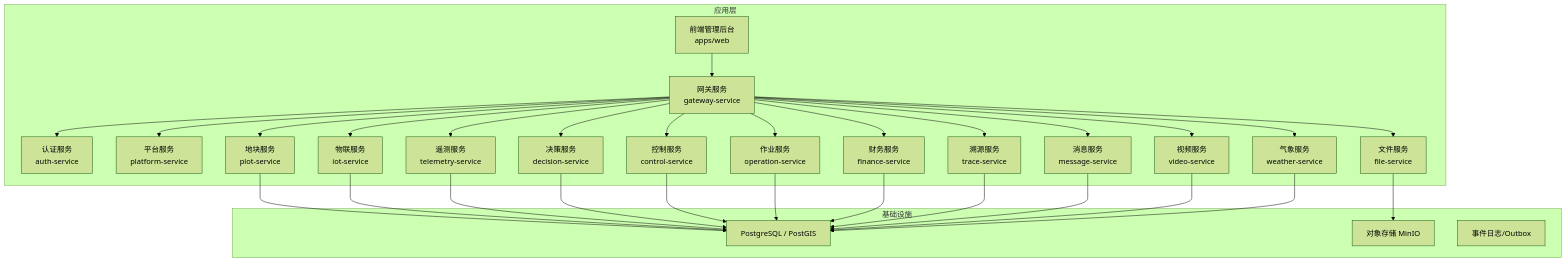
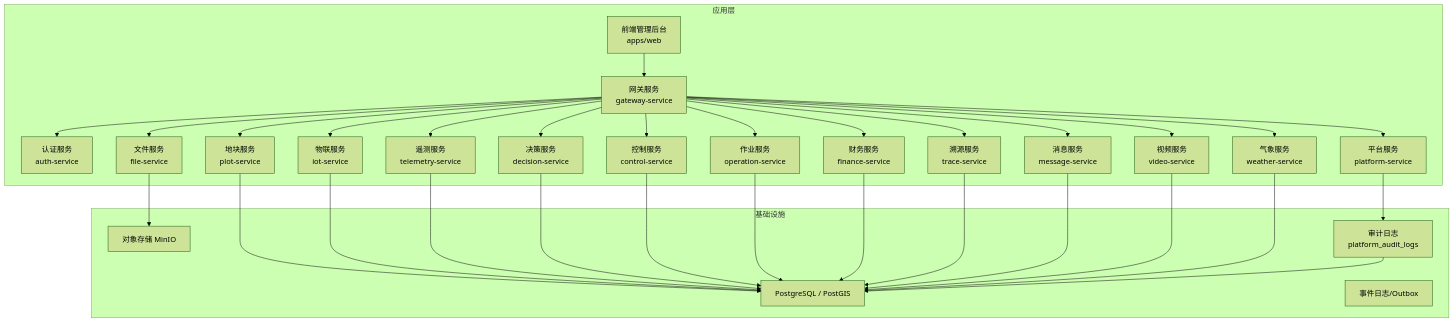
The first of 3 diagrams in .qoder/repowiki/zh/content/项目概述/平台功能清单.md (q446328246/agri-platform), drawn with Mermaid (forest theme) before and after one commit. The commit also changed other lines of this file and 6 other files, not shown here.

````diff
--- a/.qoder/repowiki/zh/content/项目概述/平台功能清单.md
+++ b/.qoder/repowiki/zh/content/项目概述/平台功能清单.md
@@ -35,53 +48,56 @@
 ```mermaid
 graph TB
 subgraph "应用层"
 WEB["前端管理后台<br/>apps/web"]
 GW["网关服务<br/>gateway-service"]
 AUTH["认证服务<br/>auth-service"]
 PLATFORM["平台服务<br/>platform-service"]
 PLOT["地块服务<br/>plot-service"]
 IOT["物联服务<br/>iot-service"]
 TELEMETRY["遥测服务<br/>telemetry-service"]
 DECISION["决策服务<br/>decision-service"]
 CONTROL["控制服务<br/>control-service"]
 OPERATION["作业服务<br/>operation-service"]
 FINANCE["财务服务<br/>finance-service"]
 TRACE["溯源服务<br/>trace-service"]
 MESSAGE["消息服务<br/>message-service"]
 VIDEO["视频服务<br/>video-service"]
 FILE["文件服务<br/>file-service"]
 WEATHER["气象服务<br/>weather-service"]
 end
 subgraph "基础设施"
 DB["PostgreSQL / PostGIS"]
 MINIO["对象存储 MinIO"]
 MQ["事件日志/Outbox"]
+AUDIT["审计日志<br/>platform_audit_logs"]
 end
 WEB --> GW
 GW --> AUTH
 GW --> PLATFORM
 GW --> PLOT
 GW --> IOT
 GW --> TELEMETRY
 GW --> DECISION
 GW --> CONTROL
 GW --> OPERATION
 GW --> FINANCE
 GW --> TRACE
 GW --> MESSAGE
 GW --> VIDEO
 GW --> FILE
 GW --> WEATHER
 PLOT --> DB
 IOT --> DB
 TELEMETRY --> DB
 DECISION --> DB
 CONTROL --> DB
 OPERATION --> DB
 FINANCE --> DB
 TRACE --> DB
 MESSAGE --> DB
 VIDEO --> DB
 FILE --> MINIO
 WEATHER --> DB
+PLATFORM --> AUDIT
+AUDIT --> DB
 ```
````
